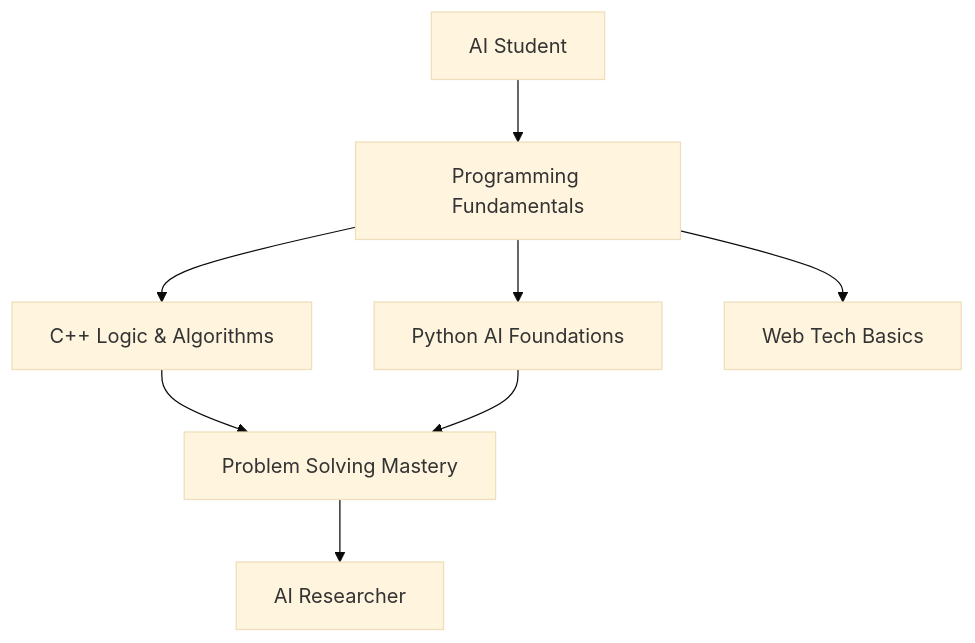
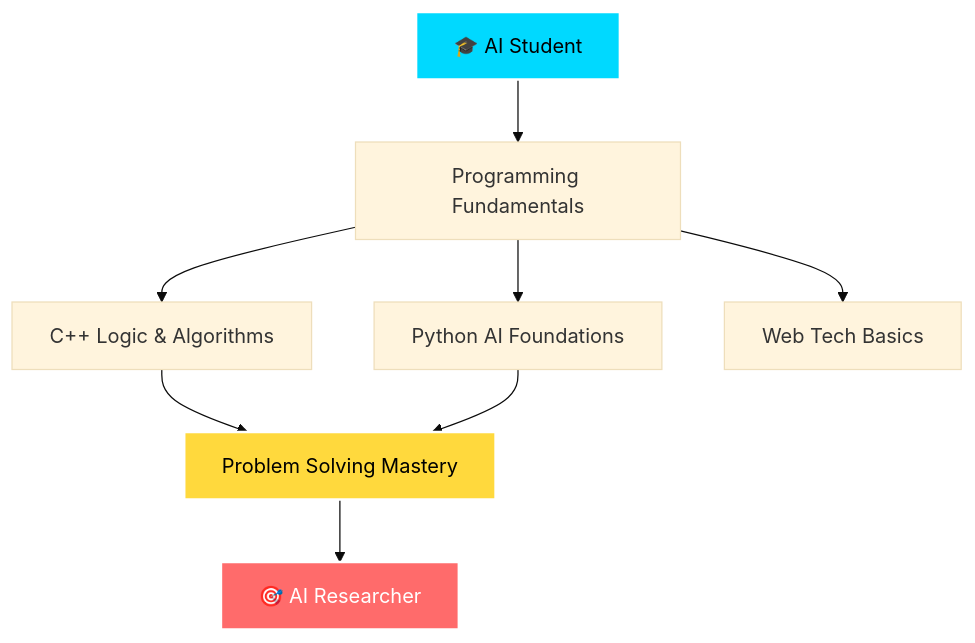
The diagram in README.md (Rafhy-Khan/Rafhy-Khan), drawn with Mermaid (base theme) before and after one commit. The commit also changed other lines of this file, not shown here.

````diff
--- a/README.md
+++ b/README.md
@@ -51,10 +153,13 @@
 ```mermaid
 graph TD
-    A[ AI Student] --> B[Programming Fundamentals]
+    A[🎓 AI Student] --> B[Programming Fundamentals]
     B --> C[C++ Logic & Algorithms]
     B --> D[Python AI Foundations]
     B --> E[Web Tech Basics]
     C --> F[Problem Solving Mastery]
     D --> F
-    F --> G[ AI Researcher]
+    F --> G[🎯 AI Researcher]
+    style A fill:#00D9FF,stroke:#fff,stroke-width:2px,color:#000
+    style G fill:#FF6B6B,stroke:#fff,stroke-width:2px,color:#fff
+    style F fill:#FFD93D,stroke:#fff,stroke-width:2px,color:#000
 ```
````
